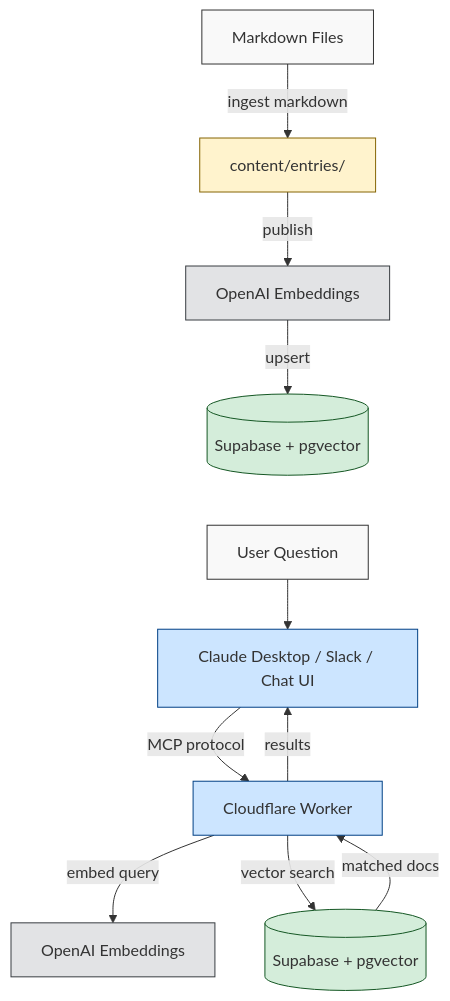
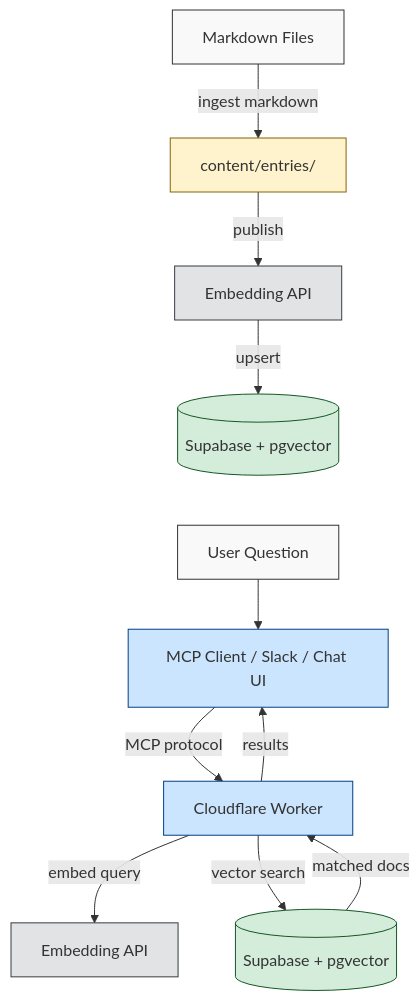
One commit to southleft/company-docs-mcp changed the diagram in README.md. Above: the diagram before and after it, drawn with Mermaid. The commit also changed other lines of this file and 3 other files, not shown here.

Commit message:
docs: Make language provider-agnostic and MCP-client-neutral

````diff
--- a/README.md
+++ b/README.md
@@ -153,26 +153,26 @@
 ```mermaid
 flowchart TD
     A["Markdown Files"]
     A -->|ingest markdown| B["content/entries/"]
-    B -->|publish| C["OpenAI Embeddings"]
+    B -->|publish| C["Embedding API"]
     C -->|upsert| D[("Supabase + pgvector")]
 
     D ~~~ E
 
-    E["User Question"] --> F["Claude Desktop / Slack / Chat UI"]
+    E["User Question"] --> F["MCP Client / Slack / Chat UI"]
     F -->|MCP protocol| G["Cloudflare Worker"]
-    G -->|embed query| H["OpenAI Embeddings"]
+    G -->|embed query| H["Embedding API"]
     G -->|vector search| I[("Supabase + pgvector")]
     I -->|matched docs| G
     G -->|results| F
 
     style A fill:#f9f9f9,stroke:#333,color:#333
     style B fill:#fff3cd,stroke:#856404,color:#333
     style C fill:#e2e3e5,stroke:#383d41,color:#333
     style D fill:#d4edda,stroke:#155724,color:#333
     style E fill:#f9f9f9,stroke:#333,color:#333
     style F fill:#cce5ff,stroke:#004085,color:#333
     style G fill:#cce5ff,stroke:#004085,color:#333
     style H fill:#e2e3e5,stroke:#383d41,color:#333
     style I fill:#d4edda,stroke:#155724,color:#333
 ```
````
